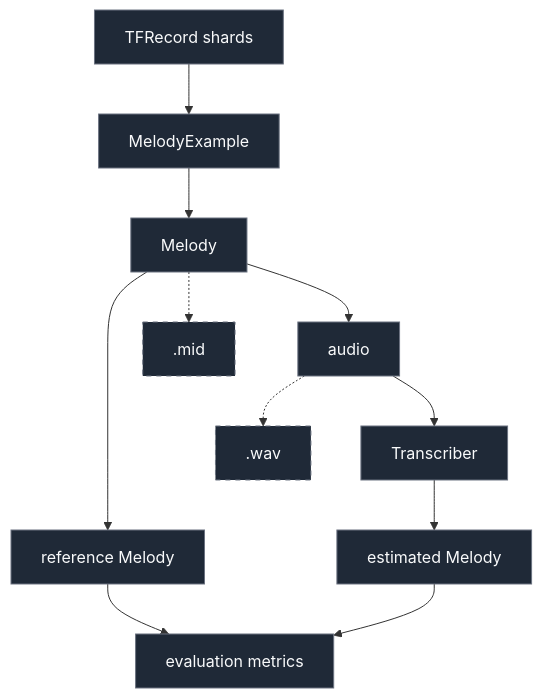
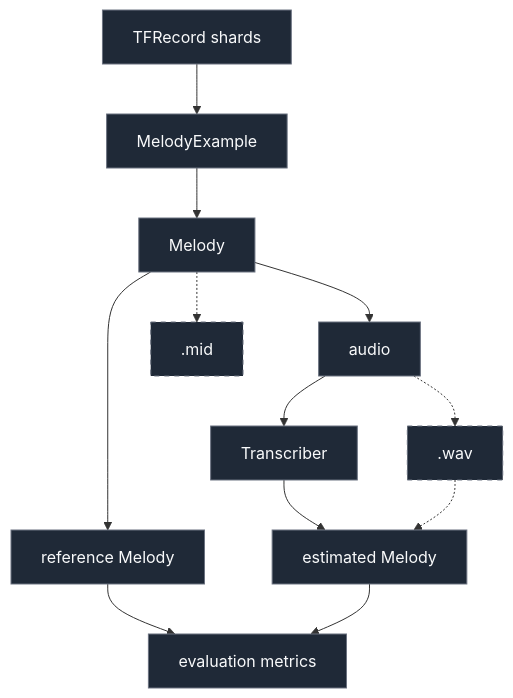
One commit to rdguzman-dev/scribr changed the diagram in README.md. Above: the diagram before and after it, drawn with Mermaid.

Commit message:
docs(readme): update data flow Mermaid diagram

````diff
--- a/README.md
+++ b/README.md
@@ -153,33 +153,34 @@
 ```mermaid
 flowchart TD
     A[TFRecord shards] --> B[MelodyExample]
     B --> C[Melody]
 
     C --> F[audio]
     F --> H[Transcriber]
     H --> I[estimated Melody]
 
     C --> K[reference Melody]
     K --> J[evaluation metrics]
     I --> J
 
     C -.-> G[.mid]
     F -.-> L[.wav]
+    L -.-> I
 
     style G stroke-dasharray: 5 5
     style L stroke-dasharray: 5 5
 
     click A "https://github.com/rdguzman-dev/scribr/blob/main/src/scribr/data/dataset.py"
     click B "https://github.com/rdguzman-dev/scribr/blob/main/src/scribr/representation/melody.py"
     click C "https://github.com/rdguzman-dev/scribr/blob/main/src/scribr/representation/melody.py"
     click F "https://github.com/rdguzman-dev/scribr/blob/main/src/scribr/synthesis/synthesizer.py"
     click H "https://github.com/rdguzman-dev/scribr/blob/main/src/scribr/transcription.py"
     click I "https://github.com/rdguzman-dev/scribr/blob/main/src/scribr/representation/melody.py"
     click K "https://github.com/rdguzman-dev/scribr/blob/main/src/scribr/representation/melody.py"
     click J "https://github.com/rdguzman-dev/scribr/blob/main/src/scribr/evaluation/metrics.py"
     click G "https://github.com/rdguzman-dev/scribr/blob/main/src/scribr/midi/writer.py"
     click L "https://github.com/rdguzman-dev/scribr/blob/main/src/scribr/wav/writer.py"
 
     classDef clickable fill:#1f2937,stroke:#6b7280,color:#f9fafb
     class A,B,C,F,H,I,K,J,G,L clickable
 ```
````
